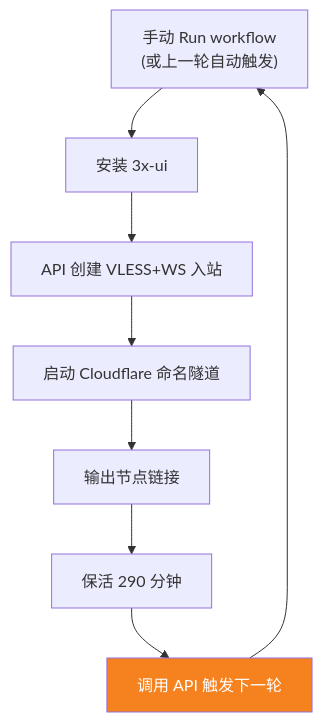
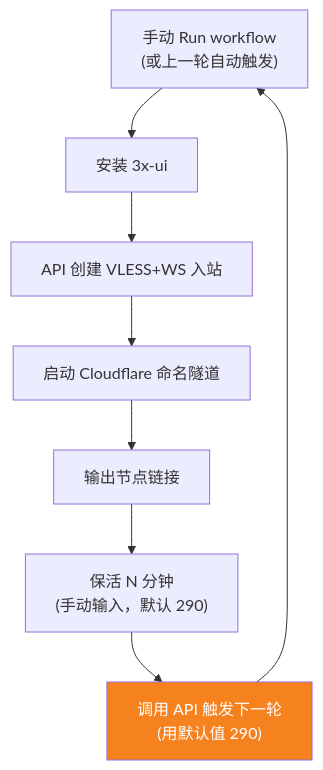
The second of 2 diagrams in README.md (1246437945/cloud-3xui), drawn with Mermaid before and after one commit. The commit also changed other lines of this file, not shown here.

````diff
--- a/README.md
+++ b/README.md
@@ -30,12 +30,12 @@
 ```mermaid
 flowchart TD
     A["手动 Run workflow\n(或上一轮自动触发)"] --> B["安装 3x-ui"]
     B --> C["API 创建 VLESS+WS 入站"]
     C --> D["启动 Cloudflare 命名隧道"]
     D --> E["输出节点链接"]
-    E --> F["保活 290 分钟"]
-    F --> G["调用 API 触发下一轮"]
+    E --> F["保活 N 分钟<br/>(手动输入，默认 290)"]
+    F --> G["调用 API 触发下一轮<br/>(用默认值 290)"]
     G --> A
 
     style G fill:#f6821f,color:#fff
 ```
````
